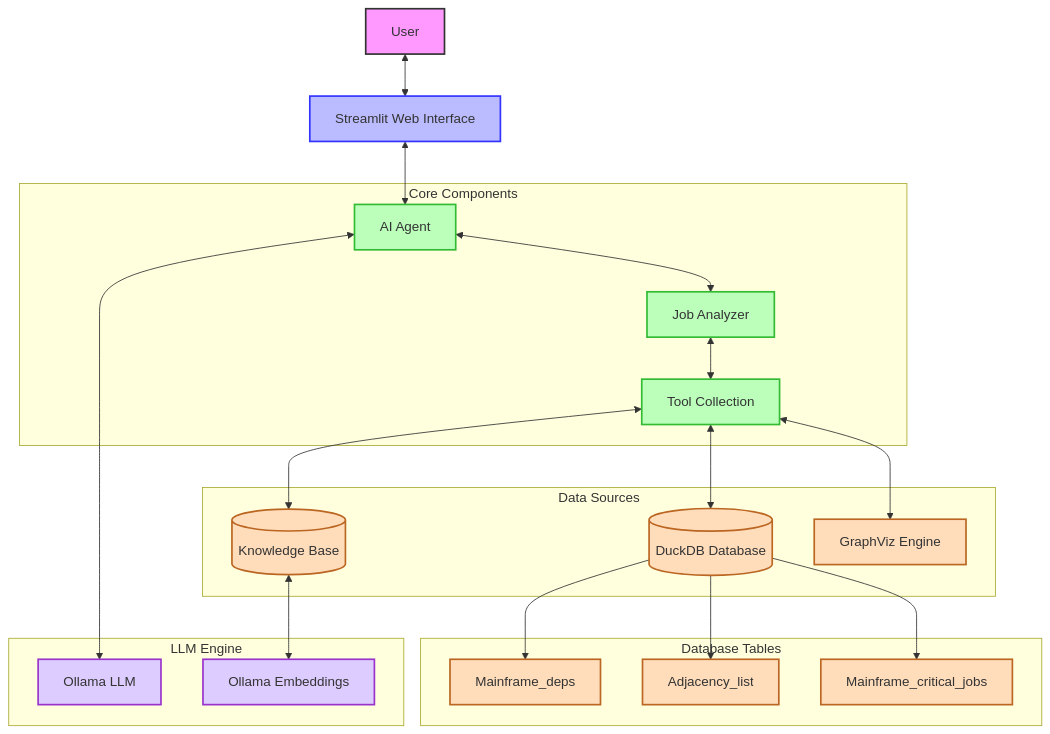
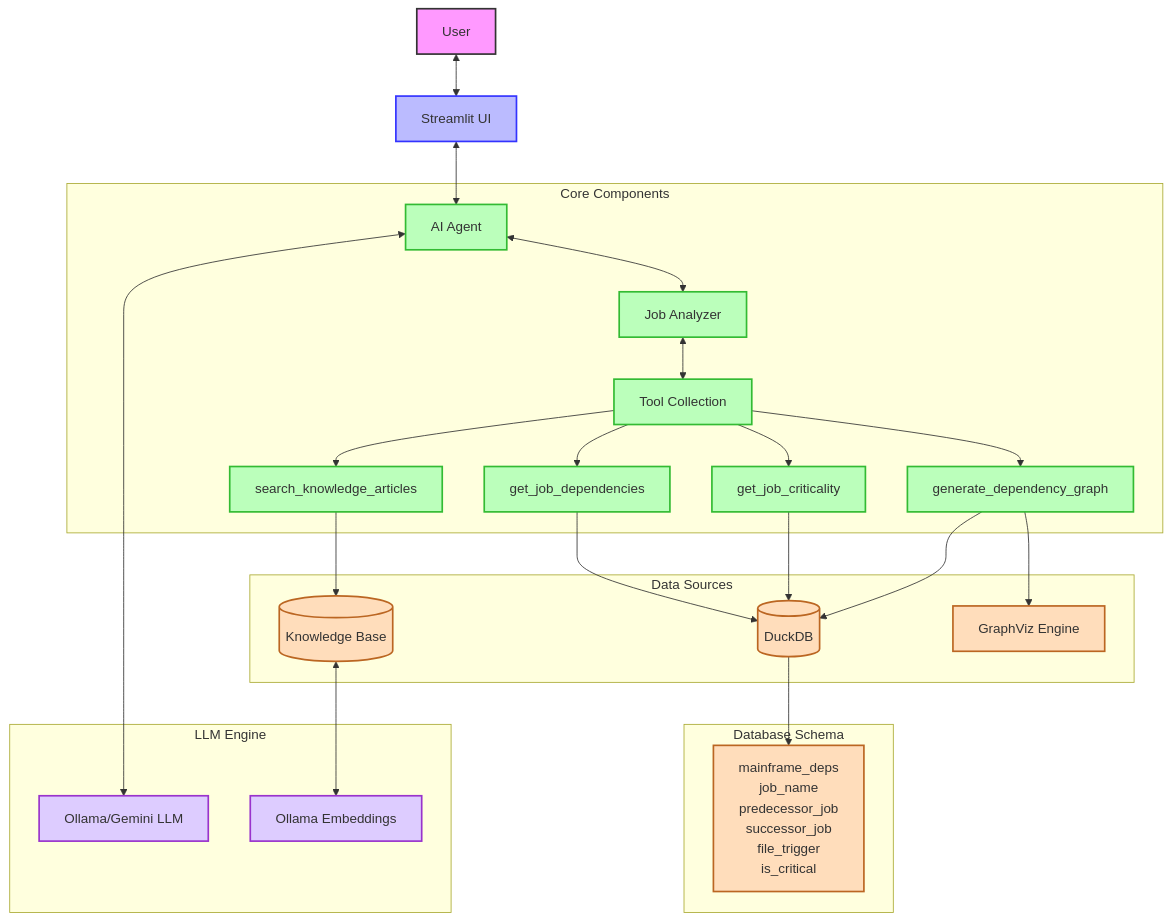
The diagram in assets/diagrams/application_architecture_diagram.mmd (aviVzm05/dependency_analysis), drawn with Mermaid before and after one commit. The commit also changed 6 other files, not shown here.

Commit message:
Update diagrams and README for enhanced clarity and functionality

```diff
--- a/assets/diagrams/application_architecture_diagram.mmd
+++ b/assets/diagrams/application_architecture_diagram.mmd
@@ -1,37 +1,41 @@
 flowchart TD
-    User[User] <--> WebUI[Streamlit Web Interface]
+    User[User] <--> WebUI[Streamlit UI]
     WebUI <--> Agent[AI Agent]
     
     subgraph "Core Components"
         Agent <--> JobAnalyzer[Job Analyzer]
         JobAnalyzer <--> Tools[Tool Collection]
+        Tools --> Dependencies[get_job_dependencies]
+        Tools --> Criticality[get_job_criticality]
+        Tools --> Search[search_knowledge_articles]
+        Tools --> Graph[generate_dependency_graph]
     end
     
     subgraph "Data Sources"
-        Tools <--> DB[(DuckDB Database)]
-        Tools <--> KB[(Knowledge Base)]
-        Tools <--> GraphViz[GraphViz Engine]
+        Dependencies --> DB[(DuckDB)]
+        Criticality --> DB
+        Search --> KB[(Knowledge Base)]
+        Graph --> DB
+        Graph --> GraphViz[GraphViz Engine]
     end
     
-    subgraph "Database Tables"
-        DB --> Deps[Mainframe_deps]
-        DB --> Adj[Adjacency_list]
-        DB --> Critical[Mainframe_critical_jobs]
+    subgraph "Database Schema"
+        DB --> MainframeDeps[mainframe_deps<br/>job_name<br/>predecessor_job<br/>successor_job<br/>file_trigger<br/>is_critical]
     end
     
     subgraph "LLM Engine"
-        Agent <--> LLM[Ollama LLM]
+        Agent <--> LLM[Ollama/Gemini LLM]
         KB <--> Embeddings[Ollama Embeddings]
     end
     
     classDef user fill:#f9f,stroke:#333,stroke-width:2px;
     classDef ui fill:#bbf,stroke:#33f,stroke-width:2px;
     classDef core fill:#bfb,stroke:#3b3,stroke-width:2px;
     classDef data fill:#fdb,stroke:#b62,stroke-width:2px;
     classDef llm fill:#dcf,stroke:#93c,stroke-width:2px;
     
     class User user;
     class WebUI ui;
-    class Agent,JobAnalyzer,Tools core;
-    class DB,KB,GraphViz,Deps,Adj,Critical data;
+    class Agent,JobAnalyzer,Tools,Dependencies,Criticality,Search,Graph core;
+    class DB,KB,GraphViz,MainframeDeps data;
     class LLM,Embeddings llm;
```
